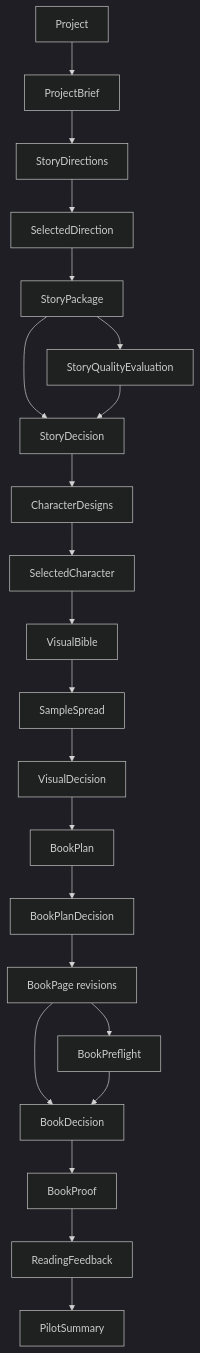
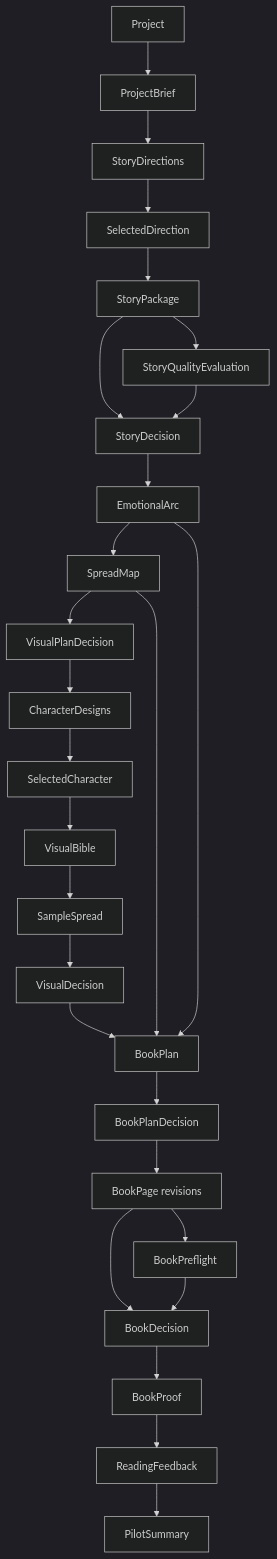
The first of 2 diagrams in spec/09-artifact-catalog.md (bhadrip/kids-book-gen), drawn with Mermaid (dark theme) before and after one commit. The commit also changed other lines of this file and 12 other files, not shown here.

````diff
--- a/spec/09-artifact-catalog.md
+++ b/spec/09-artifact-catalog.md
@@ -71,24 +71,29 @@
 ```mermaid
 flowchart TD
     Project["Project"] --> Brief["ProjectBrief"]
     Brief --> Directions["StoryDirections"]
     Directions --> Selection["SelectedDirection"]
     Selection --> Story["StoryPackage"]
     Story --> StoryEvaluation["StoryQualityEvaluation"]
     Story --> StoryDecision["StoryDecision"]
     StoryEvaluation --> StoryDecision
-    StoryDecision --> CharacterDesigns["CharacterDesigns"]
+    StoryDecision --> EmotionalArc["EmotionalArc"]
+    EmotionalArc --> SpreadMap["SpreadMap"]
+    SpreadMap --> VisualPlanDecision["VisualPlanDecision"]
+    VisualPlanDecision --> CharacterDesigns["CharacterDesigns"]
     CharacterDesigns --> SelectedCharacter["SelectedCharacter"]
     SelectedCharacter --> VisualBible["VisualBible"]
     VisualBible --> Sample["SampleSpread"]
     Sample --> VisualDecision["VisualDecision"]
     VisualDecision --> Plan["BookPlan"]
+    SpreadMap --> Plan
+    EmotionalArc --> Plan
     Plan --> PlanDecision["BookPlanDecision"]
     PlanDecision --> Pages["BookPage revisions"]
     Pages --> Preflight["BookPreflight"]
     Pages --> BookDecision["BookDecision"]
     Preflight --> BookDecision
     BookDecision --> Proof["BookProof"]
     Proof --> Feedback["ReadingFeedback"]
     Feedback --> Summary["PilotSummary"]
 ```
````
